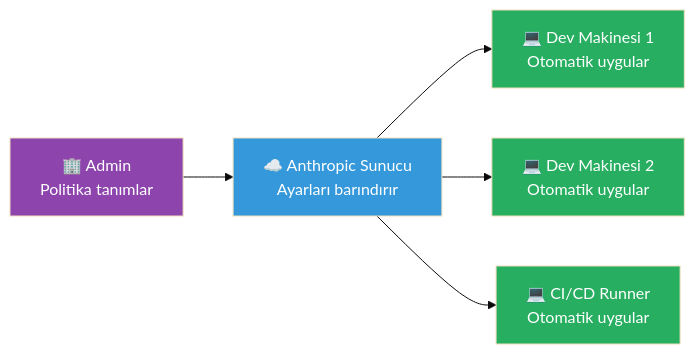
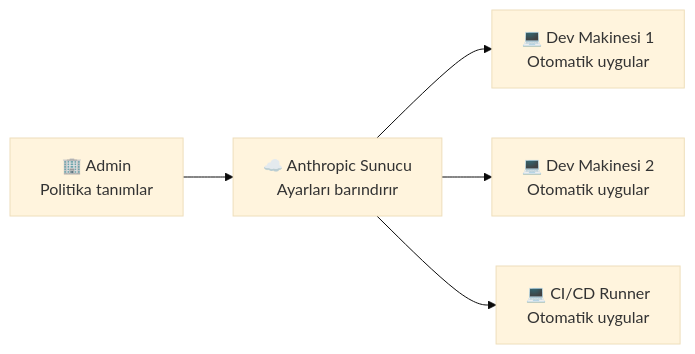
Before and after one commit to IzzetYasinAtes/ClaudeCodeHandbook: the first of 4 diagrams in 18-kurumsal-kullanim/06-sunucu-tabanli-ayarlar.md, drawn with Mermaid (base theme). The commit also changed other lines of this file and 97 other files, not shown here.

Commit message:
Remove all custom Mermaid style/fill colors from 98 markdown files for consistent dark theme rendering

````diff
--- a/18-kurumsal-kullanim/06-sunucu-tabanli-ayarlar.md
+++ b/18-kurumsal-kullanim/06-sunucu-tabanli-ayarlar.md
@@ -18,13 +18,8 @@
 ```mermaid
 flowchart LR
     ADMIN["🏢 Admin<br/>Politika tanımlar"] --> SERVER["☁️ Anthropic Sunucu<br/>Ayarları barındırır"]
     SERVER --> CC1["💻 Dev Makinesi 1<br/>Otomatik uygular"]
     SERVER --> CC2["💻 Dev Makinesi 2<br/>Otomatik uygular"]
     SERVER --> CC3["💻 CI/CD Runner<br/>Otomatik uygular"]
 
-    style ADMIN fill:#8E44AD,color:#fff
-    style SERVER fill:#3498DB,color:#fff
-    style CC1 fill:#27AE60,color:#fff
-    style CC2 fill:#27AE60,color:#fff
-    style CC3 fill:#27AE60,color:#fff
 ```
````
